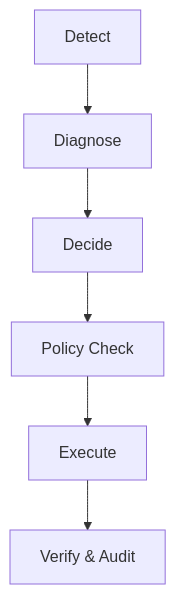
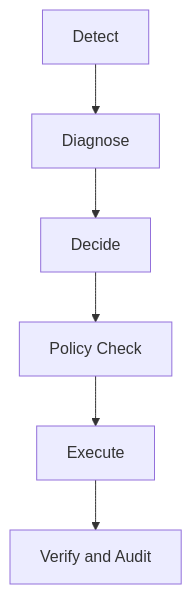
The third of 4 diagrams in README.md (Manvi0408/Sentinel), drawn with Mermaid before and after one commit. The commit also changed other lines of this file, not shown here.

Commit message:
Fix mermaid diagrams: replace '&' (mermaid chaining operator) breaking GitHub render

````diff
--- a/README.md
+++ b/README.md
@@ -136,4 +136,4 @@
 ```mermaid
 flowchart TD
-  A[Detect] --> B[Diagnose] --> C[Decide] --> P[Policy Check] --> E[Execute] --> V[Verify &amp; Audit]
+  A[Detect] --> B[Diagnose] --> C[Decide] --> P[Policy Check] --> E[Execute] --> V[Verify and Audit]
 ```
````
